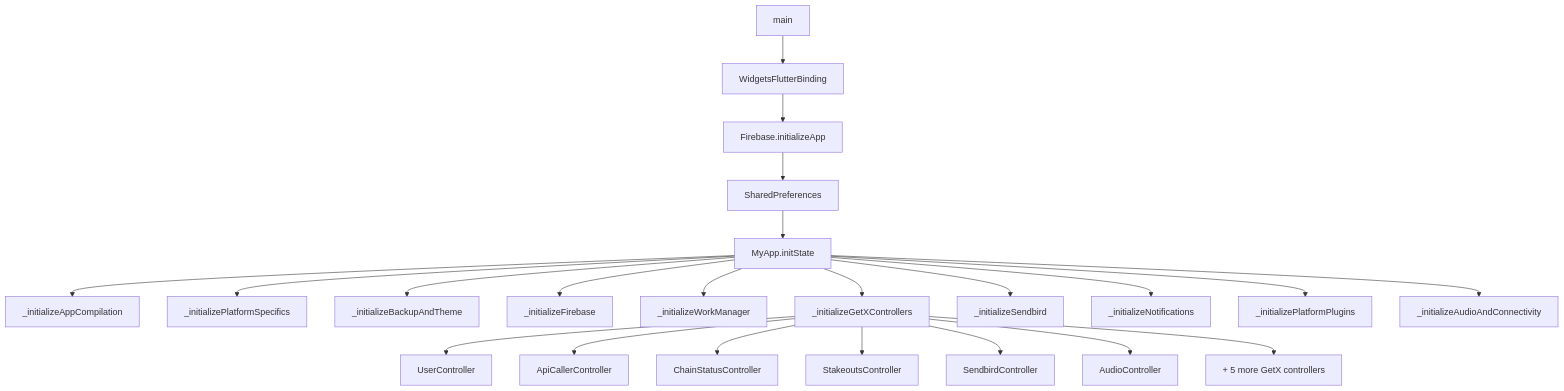
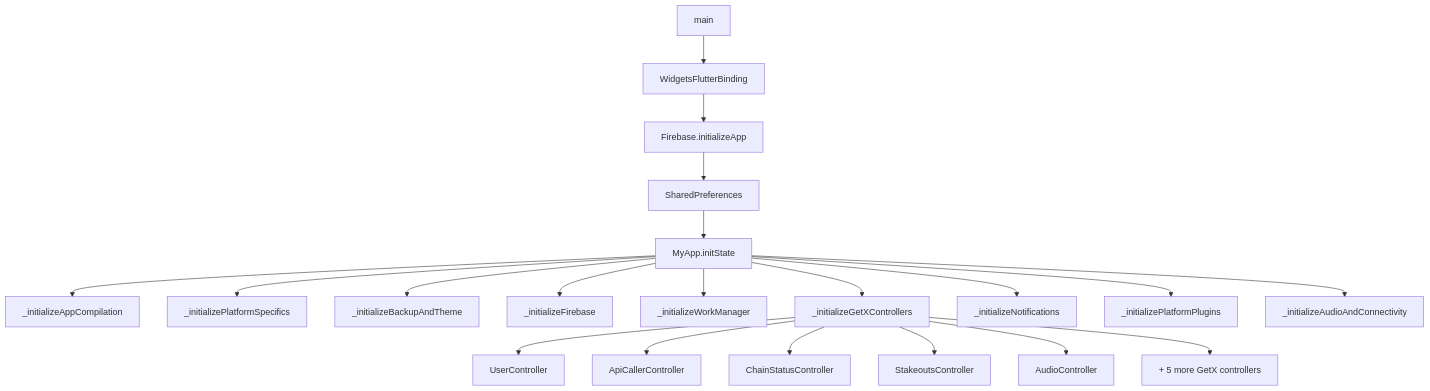
Before and after one commit to Manuito83/torn-pda: the first of 9 diagrams in docs/architecture.md, drawn with Mermaid. The commit also changed other lines of this file and 194 other files, not shown here.

````diff
--- a/docs/architecture.md
+++ b/docs/architecture.md
@@ -54,26 +54,24 @@
 ```mermaid
 flowchart TD
     A[main] --> B[WidgetsFlutterBinding]
     B --> C[Firebase.initializeApp]
     C --> D[SharedPreferences]
     D --> E[MyApp.initState]
 
     E --> F1[_initializeAppCompilation]
     E --> F2[_initializePlatformSpecifics]
     E --> F3[_initializeBackupAndTheme]
     E --> F4[_initializeFirebase]
     E --> F5[_initializeWorkManager]
     E --> F6[_initializeGetXControllers]
-    E --> F7[_initializeSendbird]
     E --> F8[_initializeNotifications]
     E --> F9[_initializePlatformPlugins]
     E --> F10[_initializeAudioAndConnectivity]
 
     F6 --> G1[UserController]
     F6 --> G2[ApiCallerController]
     F6 --> G3[ChainStatusController]
     F6 --> G4[StakeoutsController]
-    F6 --> G5[SendbirdController]
     F6 --> G6[AudioController]
     F6 --> G7[+ 5 more GetX controllers]
 ```
````
